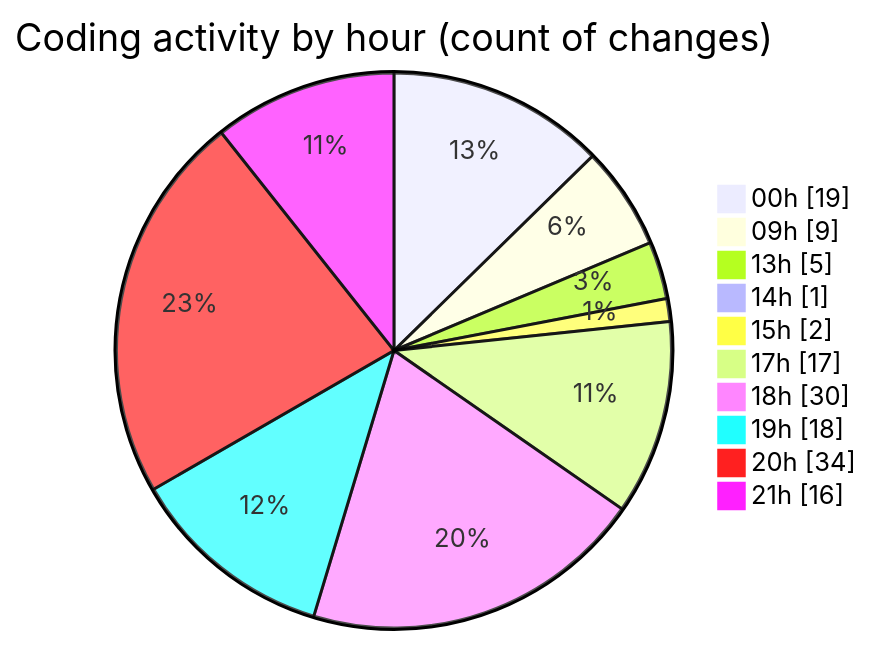
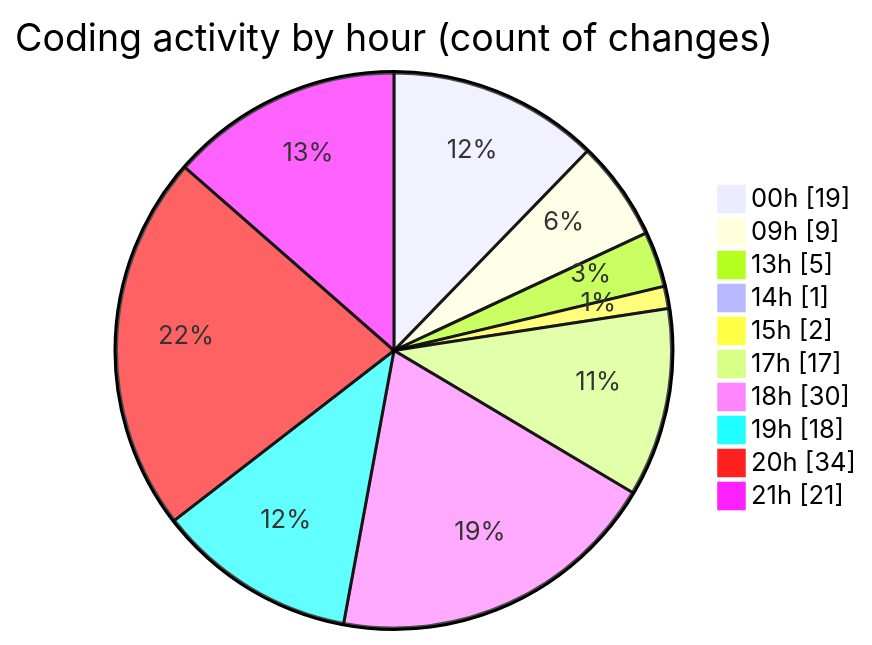
One commit to EIIisD/code-tracking changed the second of 2 diagrams in 2025-08-12/ribbon/README.md. Above: the diagram before and after it, drawn with Mermaid. The commit also changed other lines of this file and 1 other file, not shown here.

````diff
--- a/2025-08-12/ribbon/README.md
+++ b/2025-08-12/ribbon/README.md
@@ -54,14 +54,14 @@
 ```mermaid
 pie showData
 title Coding activity by hour (count of changes)
 "00h" : 19
 "09h" : 9
 "13h" : 5
 "14h" : 1
 "15h" : 2
 "17h" : 17
 "18h" : 30
 "19h" : 18
 "20h" : 34
-"21h" : 16
+"21h" : 21
 ```
````
